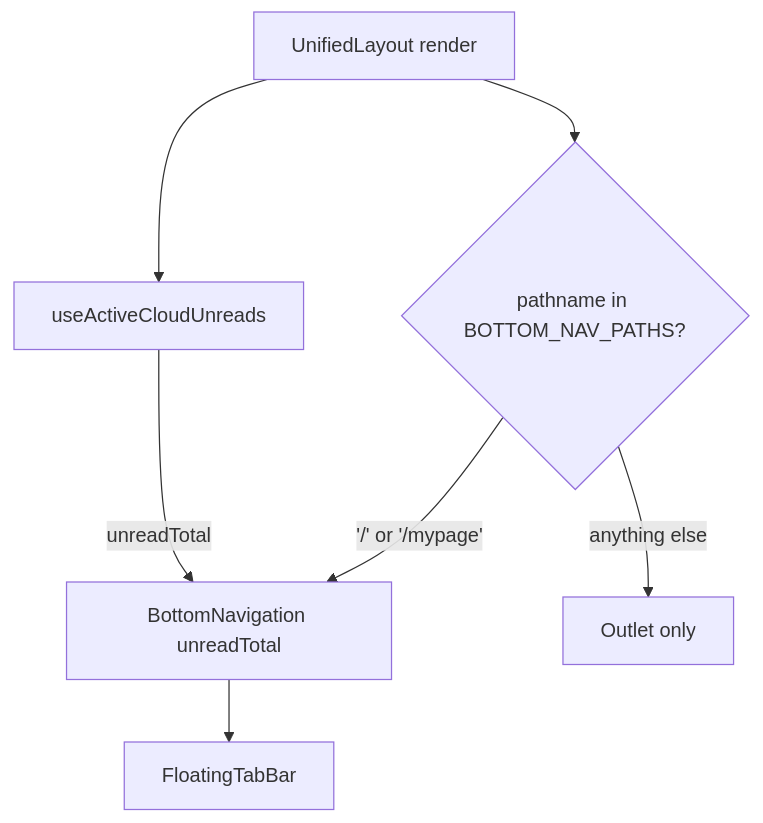
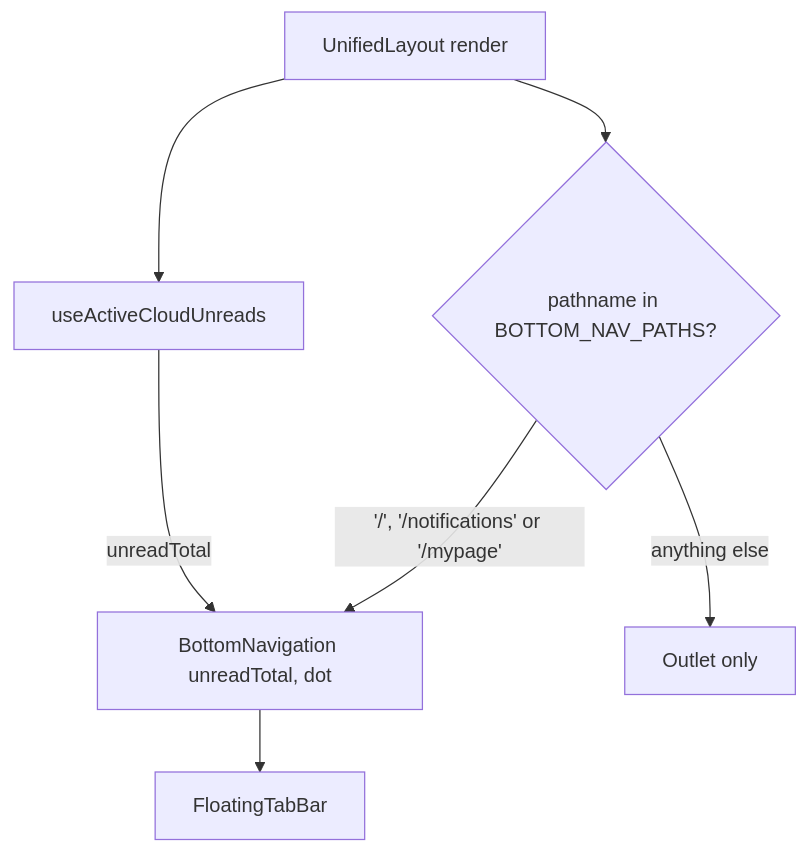
One commit to lemoncloud-io/dou-app changed the diagram in apps/web/docs/shell/layout-shell.md. Above: the diagram before and after it, drawn with Mermaid. The commit also changed other lines of this file and 38 other files, not shown here.

First line of the commit message:
feat(web): add the notifications tab, the find-me sheet and a 3-tab bottom nav

````diff
--- a/apps/web/docs/shell/layout-shell.md
+++ b/apps/web/docs/shell/layout-shell.md
@@ -66,9 +73,9 @@
 ```mermaid
 flowchart TD
     A[UnifiedLayout render] --> U[useActiveCloudUnreads]
     A --> B{pathname in BOTTOM_NAV_PATHS?}
-    B -- "'/' or '/mypage'" --> C[BottomNavigation unreadTotal]
+    B -- "'/', '/notifications' or '/mypage'" --> C[BottomNavigation unreadTotal, dot]
     B -- anything else --> D[Outlet only]
     C --> H[FloatingTabBar]
     U -- unreadTotal --> C
 ```
````
